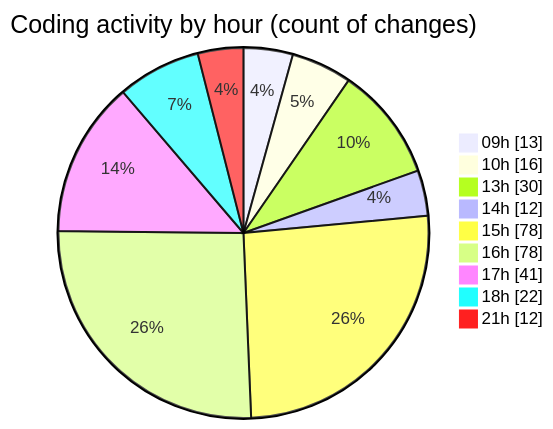
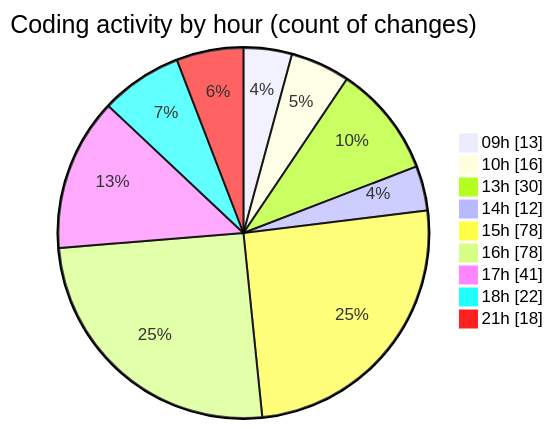
The second of 2 diagrams in 2025-03-31/cda/README.md (momahboobian/code-tracking), drawn with Mermaid before and after one commit. The commit also changed other lines of this file and 1 other file, not shown here.

````diff
--- a/2025-03-31/cda/README.md
+++ b/2025-03-31/cda/README.md
@@ -50,13 +50,13 @@
 ```mermaid
 pie showData
 title Coding activity by hour (count of changes)
 "09h" : 13
 "10h" : 16
 "13h" : 30
 "14h" : 12
 "15h" : 78
 "16h" : 78
 "17h" : 41
 "18h" : 22
-"21h" : 12
+"21h" : 18
 ```
````
